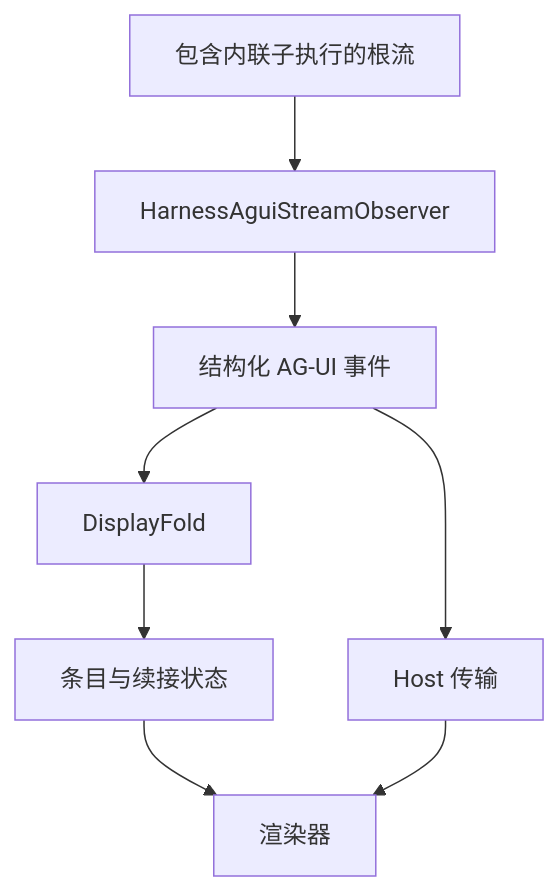
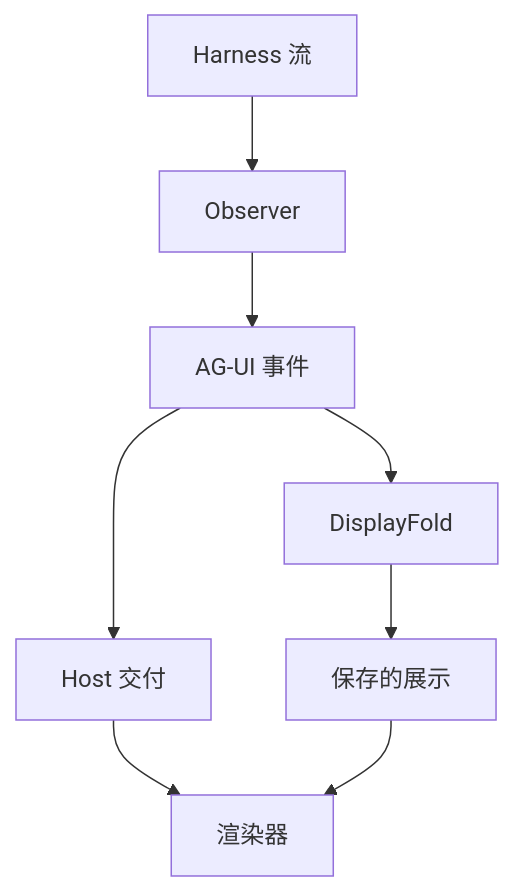
The diagram in docs/a13n-stream-protocol/index.zh-CN.md (converge-ai-labs/agent-foundation), drawn with Mermaid before and after one commit. The commit also changed other lines of this file and 202 other files, not shown here.

````diff
--- a/docs/a13n-stream-protocol/index.zh-CN.md
+++ b/docs/a13n-stream-protocol/index.zh-CN.md
@@ -19,14 +20,14 @@
 ```mermaid
 flowchart TB
-    Run["包含内联子执行的根流"] --> Observer["HarnessAguiStreamObserver"]
-    Observer --> Events["结构化 AG-UI 事件"]
+    Run["Harness 流"] --> Observer["Observer"]
+    Observer --> Events["AG-UI 事件"]
+    Events --> Transport["Host 交付"]
     Events --> Fold["DisplayFold"]
-    Fold --> Checkpoint["条目与续接状态"]
-    Events --> Host["Host 传输"]
-    Checkpoint --> UI["渲染器"]
-    Host --> UI
+    Fold --> Checkpoint["保存的展示"]
+    Transport --> UI["渲染器"]
+    Checkpoint --> UI
 
     class Run,Observer,Fold a13n
     class Checkpoint store
-    class Host,UI app
+    class Transport,UI app
 ```
````
